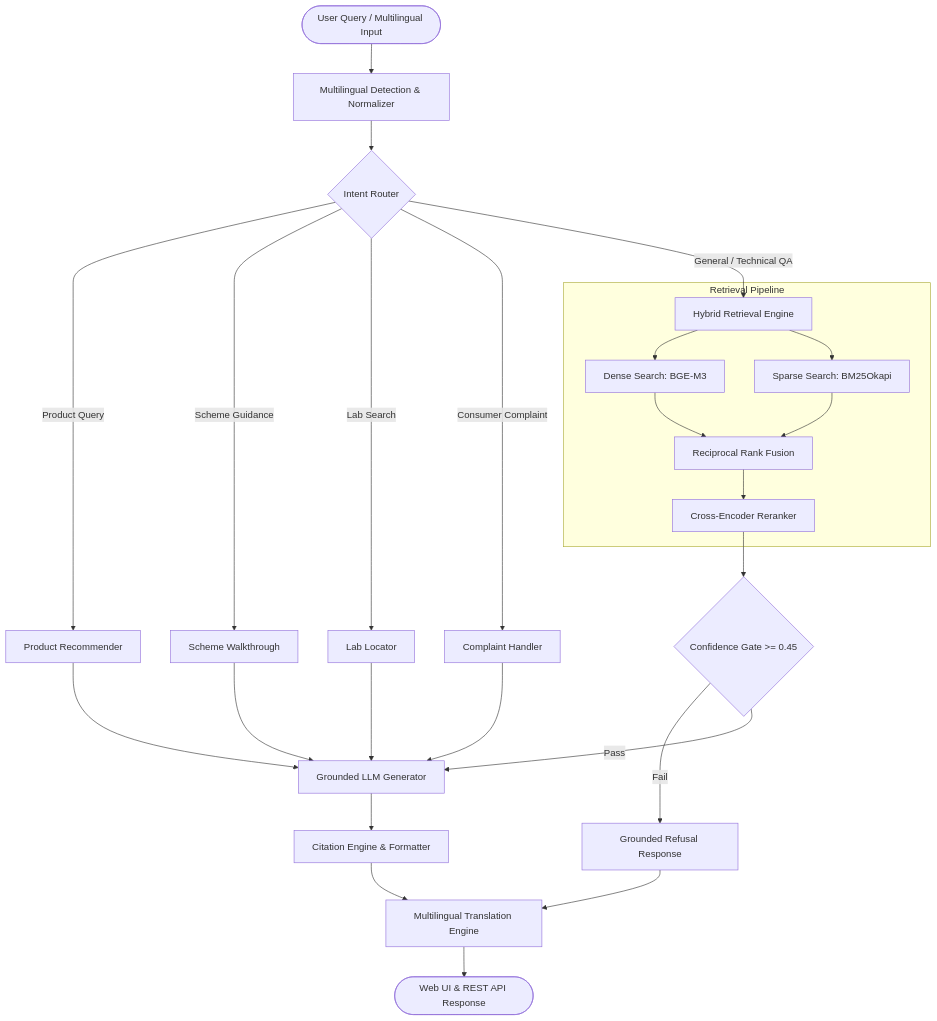
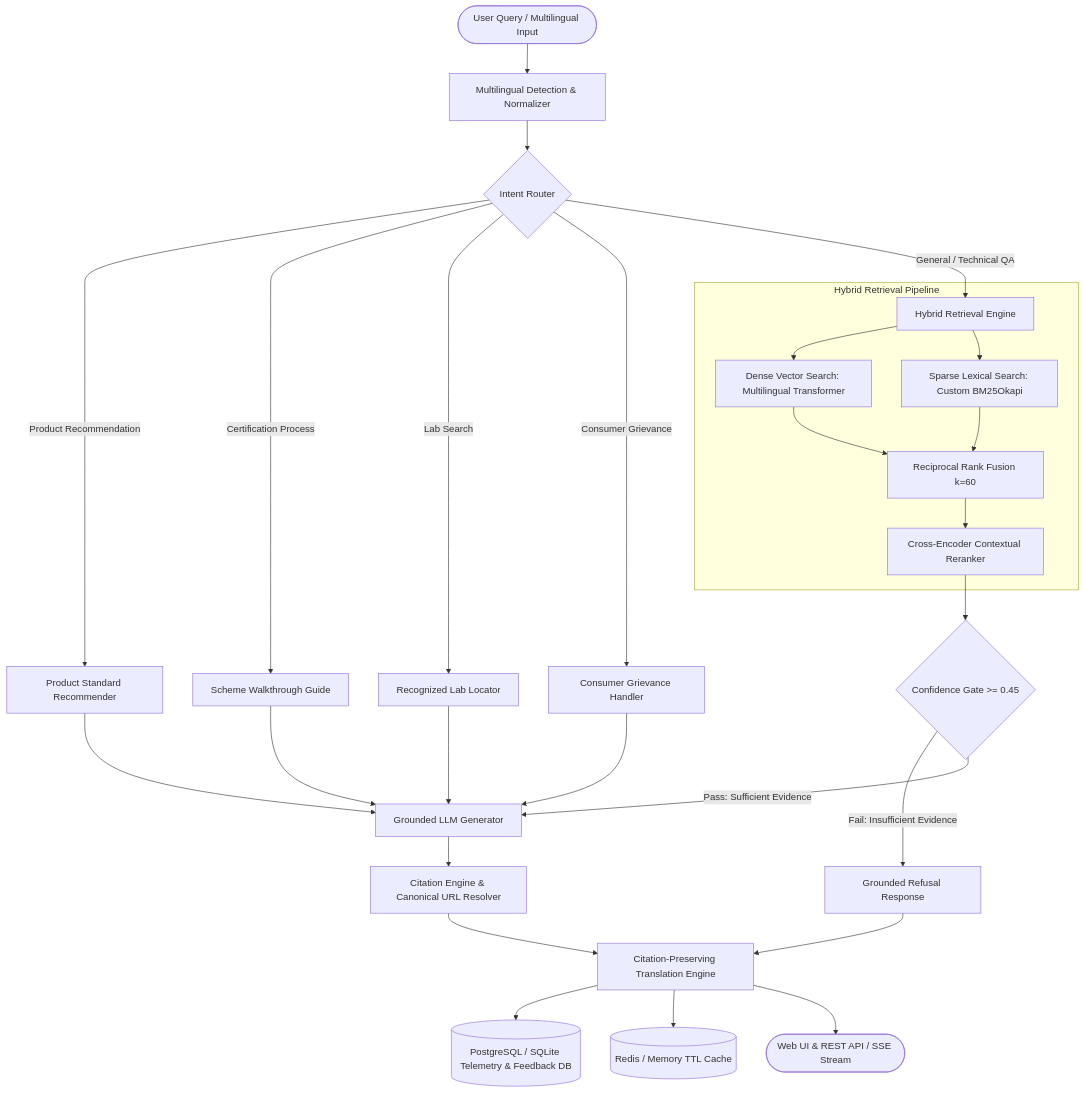
One commit to kaladharroyal/SIH_26107 changed the diagram in bis_RAG_system/README.md. Above: the diagram before and after it, drawn with Mermaid. The commit also changed other lines of this file and 74 other files, not shown here.

Commit message:
feat: implement RAG system architecture with multi-lingual support, robust guardrails, and automated verification suite

````diff
--- a/bis_RAG_system/README.md
+++ b/bis_RAG_system/README.md
@@ -45,33 +49,35 @@
 ```mermaid
 flowchart TD
     User([User Query / Multilingual Input]) --> Preprocess[Multilingual Detection & Normalizer]
     Preprocess --> Router{Intent Router}
 
-    Router -->|Product Query| Sub1[Product Recommender]
-    Router -->|Scheme Guidance| Sub2[Scheme Walkthrough]
-    Router -->|Lab Search| Sub3[Lab Locator]
-    Router -->|Consumer Complaint| Sub4[Complaint Handler]
+    Router -->|Product Recommendation| Sub1[Product Standard Recommender]
+    Router -->|Certification Process| Sub2[Scheme Walkthrough Guide]
+    Router -->|Lab Search| Sub3[Recognized Lab Locator]
+    Router -->|Consumer Grievance| Sub4[Consumer Grievance Handler]
     Router -->|General / Technical QA| HybridRetriever[Hybrid Retrieval Engine]
 
-    subgraph Retrieval Pipeline
-        HybridRetriever --> Dense[Dense Search: BGE-M3]
-        HybridRetriever --> Sparse[Sparse Search: BM25Okapi]
-        Dense --> RRF[Reciprocal Rank Fusion]
+    subgraph Hybrid Retrieval Pipeline
+        HybridRetriever --> Dense[Dense Vector Search: Multilingual Transformer]
+        HybridRetriever --> Sparse[Sparse Lexical Search: Custom BM25Okapi]
+        Dense --> RRF[Reciprocal Rank Fusion k=60]
         Sparse --> RRF
-        RRF --> Rerank[Cross-Encoder Reranker]
+        RRF --> Rerank[Cross-Encoder Contextual Reranker]
     end
 
     Rerank --> Guardrail{Confidence Gate >= 0.45}
-    Guardrail -->|Fail| Refusal[Grounded Refusal Response]
-    Guardrail -->|Pass| Generator[Grounded LLM Generator]
+    Guardrail -->|Fail: Insufficient Evidence| Refusal[Grounded Refusal Response]
+    Guardrail -->|Pass: Sufficient Evidence| Generator[Grounded LLM Generator]
     
     Sub1 --> Generator
     Sub2 --> Generator
     Sub3 --> Generator
     Sub4 --> Generator
 
-    Generator --> Citations[Citation Engine & Formatter]
-    Citations --> Trans[Multilingual Translation Engine]
+    Generator --> Citations[Citation Engine & Canonical URL Resolver]
+    Citations --> Trans[Citation-Preserving Translation Engine]
     Refusal --> Trans
-    Trans --> UI([Web UI & REST API Response])
+    Trans --> Telemetry[(PostgreSQL / SQLite Telemetry & Feedback DB)]
+    Trans --> Cache[(Redis / Memory TTL Cache)]
+    Trans --> UI([Web UI & REST API / SSE Stream])
 ```
````
